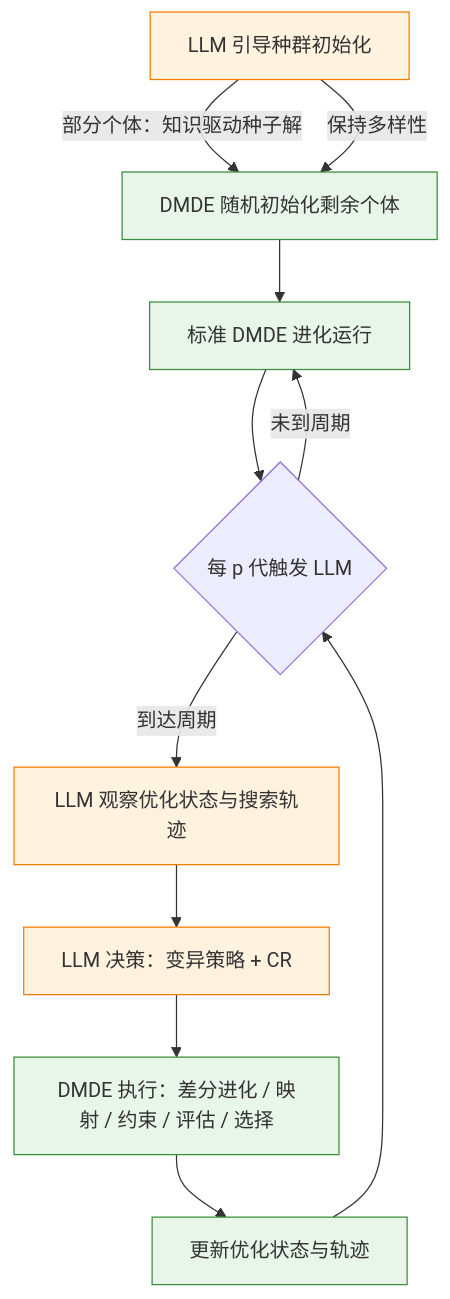
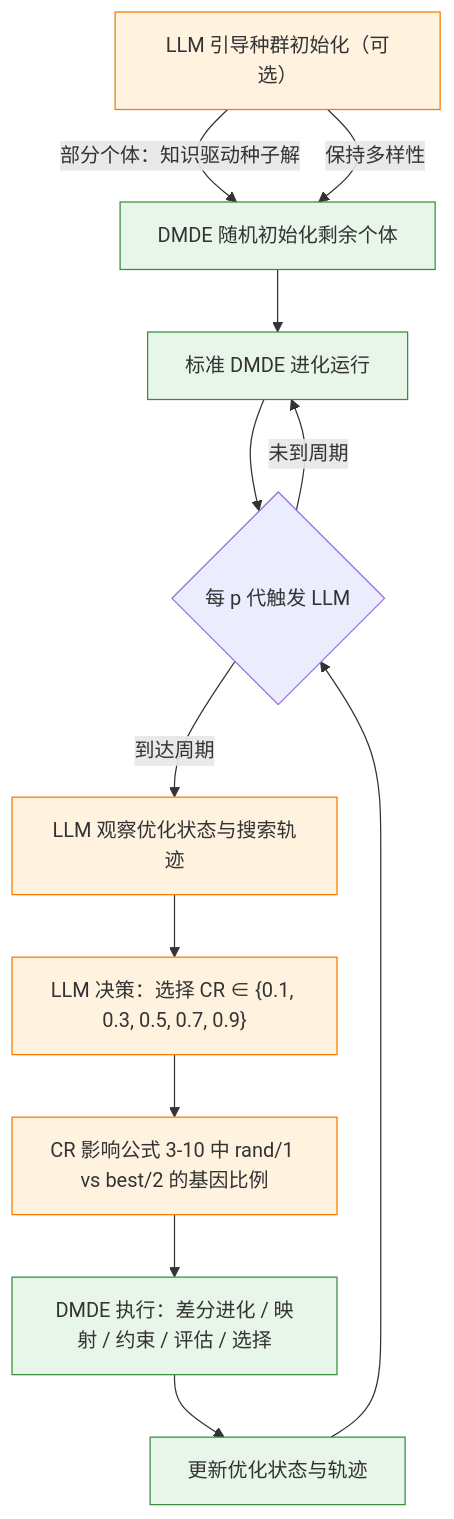
Before and after one commit to 909347194/Experiments-For-Dissertation: the first of 2 diagrams in README.md, drawn with Mermaid. The commit also changed other lines of this file and 1 other file, not shown here.

````diff
--- a/README.md
+++ b/README.md
@@ -58,21 +65,23 @@
 ```mermaid
 flowchart TD
-    A[LLM 引导种群初始化] -->|部分个体：知识驱动种子解| B[DMDE 随机初始化剩余个体]
+    A["LLM 引导种群初始化（可选）"] -->|部分个体：知识驱动种子解| B[DMDE 随机初始化剩余个体]
     A -->|保持多样性| B
     B --> C[标准 DMDE 进化运行]
     C --> D{"每 p 代触发 LLM"}
     D -->|未到周期| C
     D -->|到达周期| E[LLM 观察优化状态与搜索轨迹]
-    E --> F[LLM 决策：变异策略 + CR]
-    F --> G[DMDE 执行：差分进化 / 映射 / 约束 / 评估 / 选择]
-    G --> H[更新优化状态与轨迹]
-    H --> D
+    E --> F["LLM 决策：选择 CR ∈ {0.1, 0.3, 0.5, 0.7, 0.9}"]
+    F --> G["CR 影响公式 3-10 中 rand/1 vs best/2 的基因比例"]
+    G --> H[DMDE 执行：差分进化 / 映射 / 约束 / 评估 / 选择]
+    H --> I[更新优化状态与轨迹]
+    I --> D
 
     style A fill:#fff3e0,stroke:#f57c00
     style E fill:#fff3e0,stroke:#f57c00
     style F fill:#fff3e0,stroke:#f57c00
+    style G fill:#fff3e0,stroke:#f57c00
     style B fill:#e8f5e9,stroke:#388e3c
     style C fill:#e8f5e9,stroke:#388e3c
-    style G fill:#e8f5e9,stroke:#388e3c
     style H fill:#e8f5e9,stroke:#388e3c
+    style I fill:#e8f5e9,stroke:#388e3c
 ```
````
